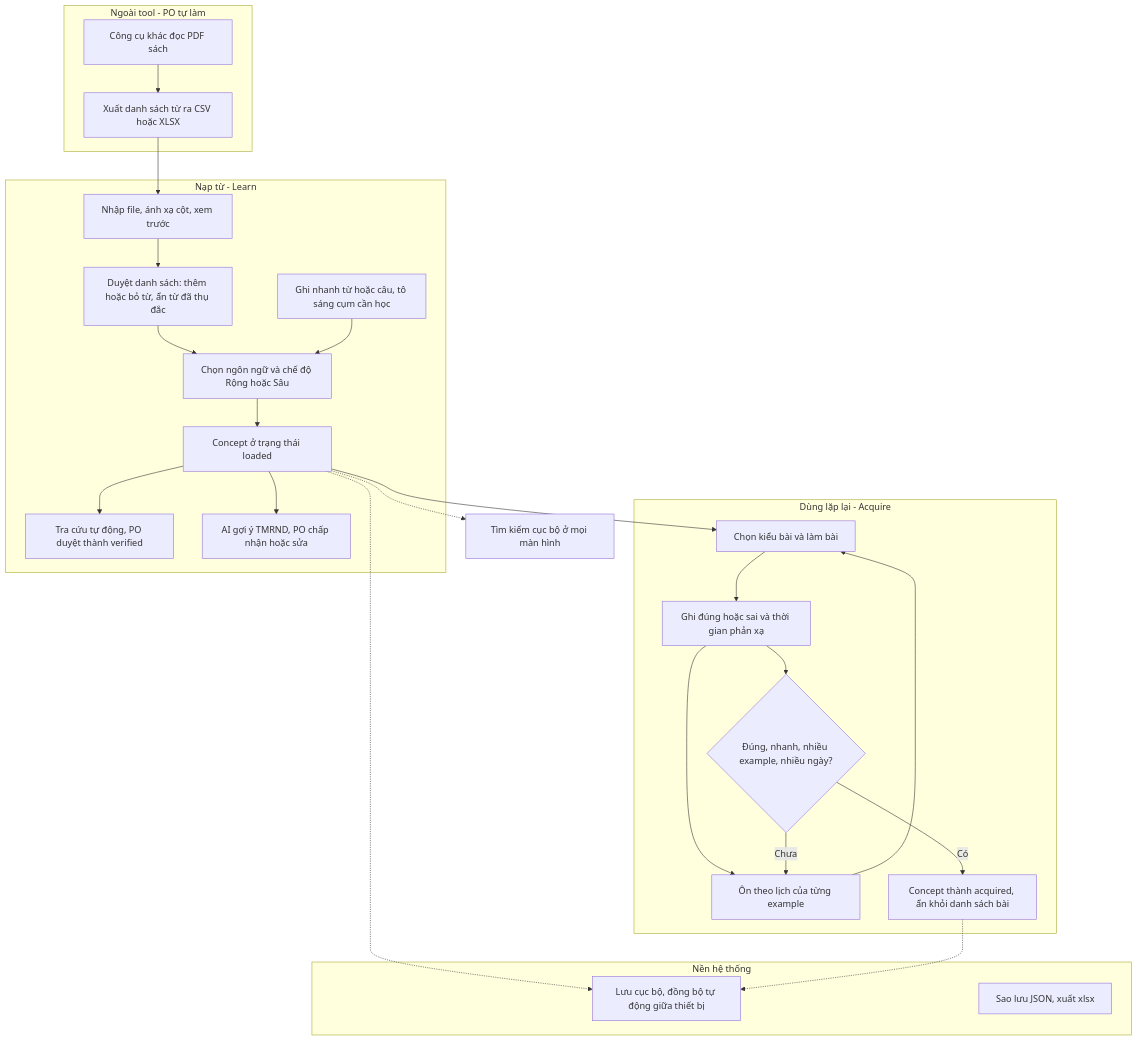
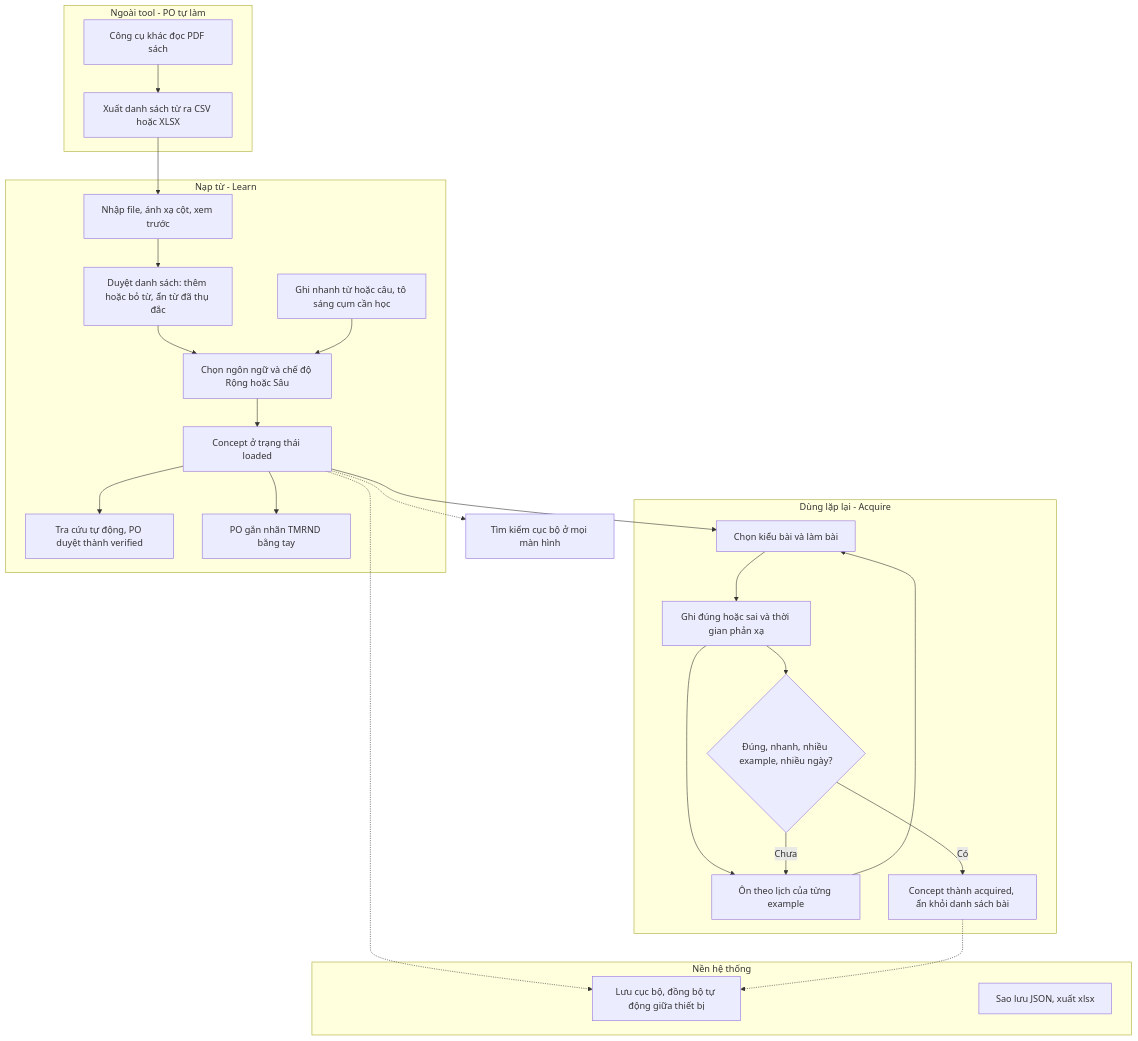
The first of 6 diagrams in docs/user-journey.md (thnhu/duo), drawn with Mermaid before and after one commit. The commit also changed other lines of this file and 20 other files, not shown here.

````diff
--- a/docs/user-journey.md
+++ b/docs/user-journey.md
@@ -27,35 +27,35 @@
 ```mermaid
 flowchart TD
     subgraph NGOAI["Ngoài tool - PO tự làm"]
         A["Công cụ khác đọc PDF sách"] --> B["Xuất danh sách từ ra CSV hoặc XLSX"]
     end
 
     subgraph NAP["Nạp từ - Learn"]
         B --> C["Nhập file, ánh xạ cột, xem trước"]
         C --> D["Duyệt danh sách: thêm hoặc bỏ từ, ẩn từ đã thụ đắc"]
         D --> E["Chọn ngôn ngữ và chế độ Rộng hoặc Sâu"]
         Q["Ghi nhanh từ hoặc câu, tô sáng cụm cần học"] --> E
         E --> F["Concept ở trạng thái loaded"]
         F --> G["Tra cứu tự động, PO duyệt thành verified"]
-        F --> AI["AI gợi ý TMRND, PO chấp nhận hoặc sửa"]
+        F --> AI["PO gắn nhãn TMRND bằng tay"]
     end
 
     subgraph DUNG["Dùng lặp lại - Acquire"]
         F --> H["Chọn kiểu bài và làm bài"]
         H --> I["Ghi đúng hoặc sai và thời gian phản xạ"]
         I --> J["Ôn theo lịch của từng example"]
         J --> H
         I --> K{"Đúng, nhanh, nhiều example, nhiều ngày?"}
         K -- Có --> L["Concept thành acquired, ẩn khỏi danh sách bài"]
         K -- Chưa --> J
     end
 
     subgraph HT["Nền hệ thống"]
         M["Lưu cục bộ, đồng bộ tự động giữa thiết bị"]
         N["Sao lưu JSON, xuất xlsx"]
     end
 
     F -.-> M
     F -.-> SR["Tìm kiếm cục bộ ở mọi màn hình"]
     L -.-> M
 ```
````
